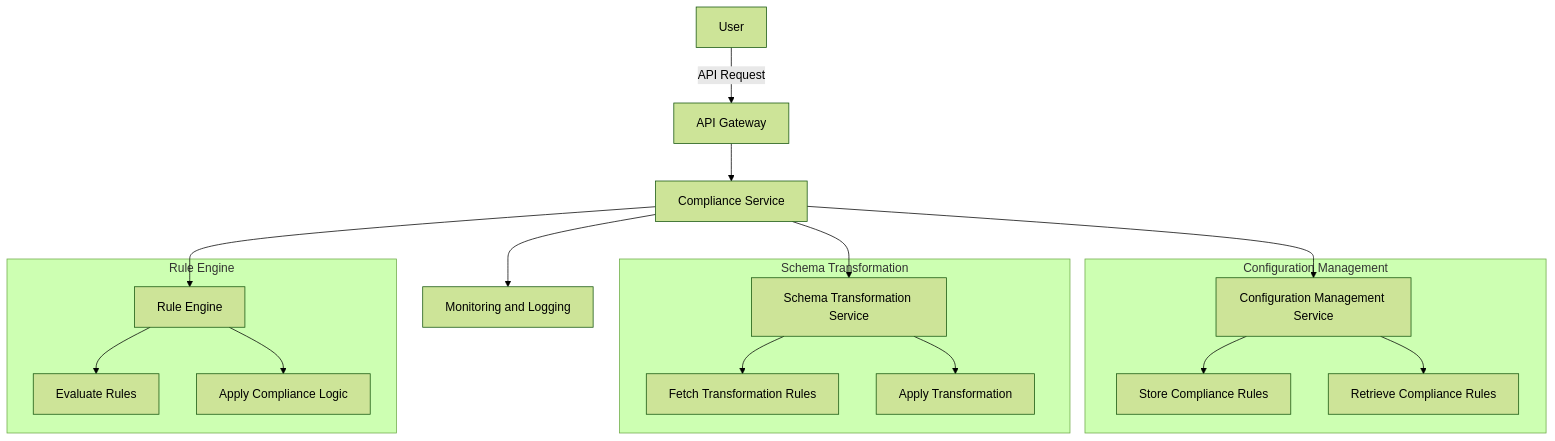
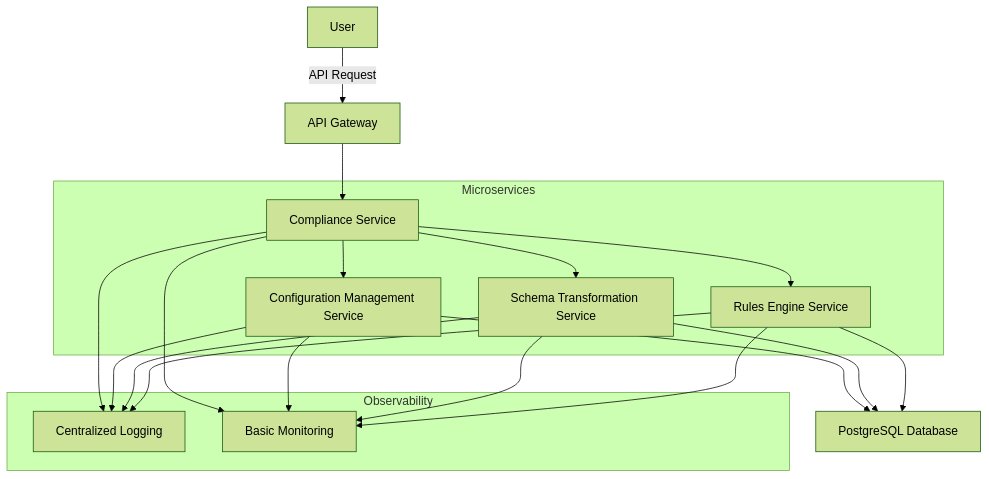
One commit to miketolbert/compliance-service changed the diagram in ADVANCED_APPROACH.md. Above: the diagram before and after it, drawn with Mermaid (forest theme).

Commit message:
update Advanced approach diagram

````diff
--- a/ADVANCED_APPROACH.md
+++ b/ADVANCED_APPROACH.md
@@ -9,31 +9,29 @@
 ```mermaid
 graph TD
     A[User] -->|API Request| B[API Gateway]
     B --> C[Compliance Service]
-    C --> D[Configuration Management Service]
-    C --> E[Schema Transformation Service]
-    C --> F[Rule Engine]
 
-    subgraph Configuration Management
-        D1[Store Compliance Rules]
-        D2[Retrieve Compliance Rules]
-        D --> D1
-        D --> D2
+    subgraph Microservices
+        C --> D[Configuration Management Service]
+        C --> E[Schema Transformation Service]
+        C --> F[Rules Engine Service]
     end
 
-    subgraph Schema Transformation
-        E1[Fetch Transformation Rules]
-        E2[Apply Transformation]
-        E --> E1
-        E --> E2
+    D --> G[PostgreSQL Database]
+    E --> G
+    F --> G
+
+    subgraph Observability
+        H[Centralized Logging]
+        I[Basic Monitoring]
     end
 
-    subgraph Rule Engine
-        F1[Evaluate Rules]
-        F2[Apply Compliance Logic]
-        F --> F1
-        F --> F2
-    end
-
-    C --> G[Monitoring and Logging]
+    C --> H
+    C --> I
+    D --> H
+    D --> I
+    E --> H
+    E --> I
+    F --> H
+    F --> I
 ```
````
